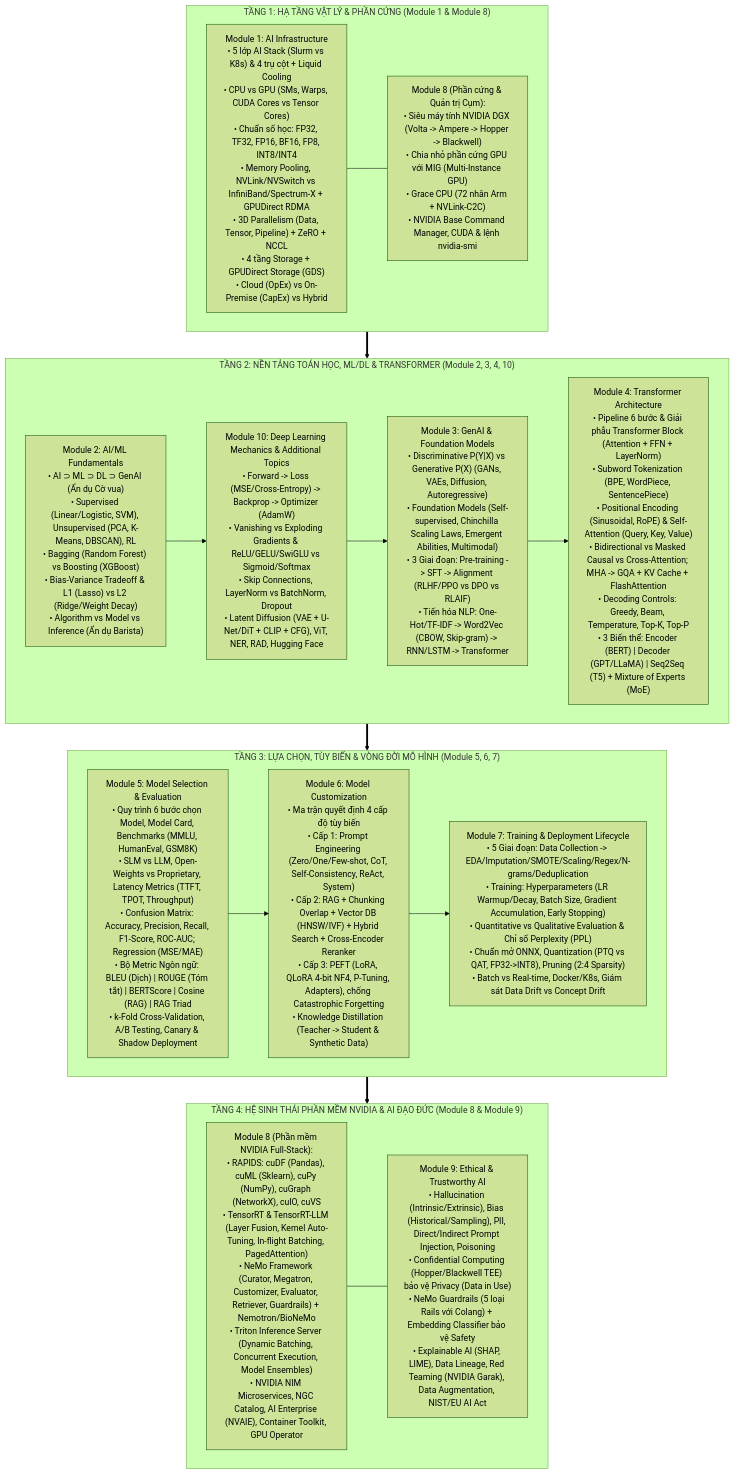
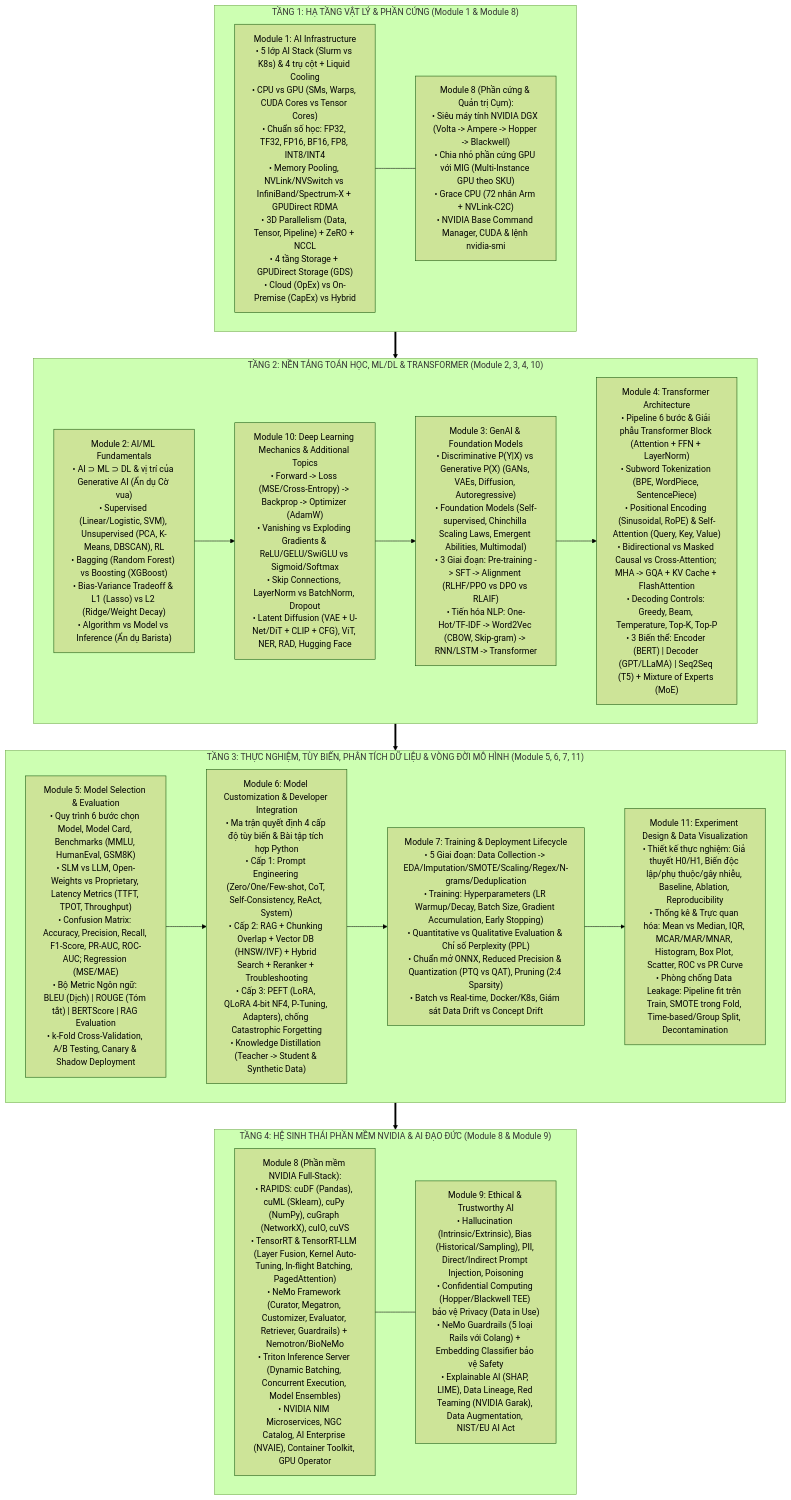
Before and after one commit to nxthanh2904/nca-genl: the diagram in README.md, drawn with Mermaid (forest theme). The commit also changed other lines of this file and 14 other files, not shown here.

````diff
--- a/README.md
+++ b/README.md
@@ -23,34 +25,35 @@
 ```mermaid
 flowchart TD
     subgraph Infra["TẦNG 1: HẠ TẦNG VẬT LÝ & PHẦN CỨNG (Module 1 & Module 8)"]
         M1["Module 1: AI Infrastructure<br/>• 5 lớp AI Stack (Slurm vs K8s) & 4 trụ cột + Liquid Cooling<br/>• CPU vs GPU (SMs, Warps, CUDA Cores vs Tensor Cores)<br/>• Chuẩn số học: FP32, TF32, FP16, BF16, FP8, INT8/INT4<br/>• Memory Pooling, NVLink/NVSwitch vs InfiniBand/Spectrum-X + GPUDirect RDMA<br/>• 3D Parallelism (Data, Tensor, Pipeline) + ZeRO + NCCL<br/>• 4 tầng Storage + GPUDirect Storage (GDS)<br/>• Cloud (OpEx) vs On-Premise (CapEx) vs Hybrid"]
-        M8_HW["Module 8 (Phần cứng & Quản trị Cụm):<br/>• Siêu máy tính NVIDIA DGX (Volta -> Ampere -> Hopper -> Blackwell)<br/>• Chia nhỏ phần cứng GPU với MIG (Multi-Instance GPU)<br/>• Grace CPU (72 nhân Arm + NVLink-C2C)<br/>• NVIDIA Base Command Manager, CUDA & lệnh nvidia-smi"]
+        M8_HW["Module 8 (Phần cứng & Quản trị Cụm):<br/>• Siêu máy tính NVIDIA DGX (Volta -> Ampere -> Hopper -> Blackwell)<br/>• Chia nhỏ phần cứng GPU với MIG (Multi-Instance GPU theo SKU)<br/>• Grace CPU (72 nhân Arm + NVLink-C2C)<br/>• NVIDIA Base Command Manager, CUDA & lệnh nvidia-smi"]
         M1 --- M8_HW
     end
 
     subgraph CoreAI["TẦNG 2: NỀN TẢNG TOÁN HỌC, ML/DL & TRANSFORMER (Module 2, 3, 4, 10)"]
-        M2["Module 2: AI/ML Fundamentals<br/>• AI ⊃ ML ⊃ DL ⊃ GenAI (Ẩn dụ Cờ vua)<br/>• Supervised (Linear/Logistic, SVM), Unsupervised (PCA, K-Means, DBSCAN), RL<br/>• Bagging (Random Forest) vs Boosting (XGBoost)<br/>• Bias-Variance Tradeoff & L1 (Lasso) vs L2 (Ridge/Weight Decay)<br/>• Algorithm vs Model vs Inference (Ẩn dụ Barista)"]
+        M2["Module 2: AI/ML Fundamentals<br/>• AI ⊃ ML ⊃ DL & vị trí của Generative AI (Ẩn dụ Cờ vua)<br/>• Supervised (Linear/Logistic, SVM), Unsupervised (PCA, K-Means, DBSCAN), RL<br/>• Bagging (Random Forest) vs Boosting (XGBoost)<br/>• Bias-Variance Tradeoff & L1 (Lasso) vs L2 (Ridge/Weight Decay)<br/>• Algorithm vs Model vs Inference (Ẩn dụ Barista)"]
         M10["Module 10: Deep Learning Mechanics & Additional Topics<br/>• Forward -> Loss (MSE/Cross-Entropy) -> Backprop -> Optimizer (AdamW)<br/>• Vanishing vs Exploding Gradients & ReLU/GELU/SwiGLU vs Sigmoid/Softmax<br/>• Skip Connections, LayerNorm vs BatchNorm, Dropout<br/>• Latent Diffusion (VAE + U-Net/DiT + CLIP + CFG), ViT, NER, RAD, Hugging Face"]
         M3["Module 3: GenAI & Foundation Models<br/>• Discriminative P(Y|X) vs Generative P(X) (GANs, VAEs, Diffusion, Autoregressive)<br/>• Foundation Models (Self-supervised, Chinchilla Scaling Laws, Emergent Abilities, Multimodal)<br/>• 3 Giai đoạn: Pre-training -> SFT -> Alignment (RLHF/PPO vs DPO vs RLAIF)<br/>• Tiến hóa NLP: One-Hot/TF-IDF -> Word2Vec (CBOW, Skip-gram) -> RNN/LSTM -> Transformer"]
         M4["Module 4: Transformer Architecture<br/>• Pipeline 6 bước & Giải phẫu Transformer Block (Attention + FFN + LayerNorm)<br/>• Subword Tokenization (BPE, WordPiece, SentencePiece)<br/>• Positional Encoding (Sinusoidal, RoPE) & Self-Attention (Query, Key, Value)<br/>• Bidirectional vs Masked Causal vs Cross-Attention; MHA -> GQA + KV Cache + FlashAttention<br/>• Decoding Controls: Greedy, Beam, Temperature, Top-K, Top-P<br/>• 3 Biến thể: Encoder (BERT) | Decoder (GPT/LLaMA) | Seq2Seq (T5) + Mixture of Experts (MoE)"]
         
         M2 --> M10 --> M3 --> M4
     end
 
-    subgraph Lifecycle["TẦNG 3: LỰA CHỌN, TÙY BIẾN & VÒNG ĐỜI MÔ HÌNH (Module 5, 6, 7)"]
-        M5["Module 5: Model Selection & Evaluation<br/>• Quy trình 6 bước chọn Model, Model Card, Benchmarks (MMLU, HumanEval, GSM8K)<br/>• SLM vs LLM, Open-Weights vs Proprietary, Latency Metrics (TTFT, TPOT, Throughput)<br/>• Confusion Matrix: Accuracy, Precision, Recall, F1-Score, ROC-AUC; Regression (MSE/MAE)<br/>• Bộ Metric Ngôn ngữ: BLEU (Dịch) | ROUGE (Tóm tắt) | BERTScore | Cosine (RAG) | RAG Triad<br/>• k-Fold Cross-Validation, A/B Testing, Canary & Shadow Deployment"]
-        M6["Module 6: Model Customization<br/>• Ma trận quyết định 4 cấp độ tùy biến<br/>• Cấp 1: Prompt Engineering (Zero/One/Few-shot, CoT, Self-Consistency, ReAct, System)<br/>• Cấp 2: RAG + Chunking Overlap + Vector DB (HNSW/IVF) + Hybrid Search + Cross-Encoder Reranker<br/>• Cấp 3: PEFT (LoRA, QLoRA 4-bit NF4, P-Tuning, Adapters), chống Catastrophic Forgetting<br/>• Knowledge Distillation (Teacher -> Student & Synthetic Data)"]
-        M7["Module 7: Training & Deployment Lifecycle<br/>• 5 Giai đoạn: Data Collection -> EDA/Imputation/SMOTE/Scaling/Regex/N-grams/Deduplication<br/>• Training: Hyperparameters (LR Warmup/Decay, Batch Size, Gradient Accumulation, Early Stopping)<br/>• Quantitative vs Qualitative Evaluation & Chỉ số Perplexity (PPL)<br/>• Chuẩn mở ONNX, Quantization (PTQ vs QAT, FP32->INT8), Pruning (2:4 Sparsity)<br/>• Batch vs Real-time, Docker/K8s, Giám sát Data Drift vs Concept Drift"]
+    subgraph Lifecycle["TẦNG 3: THỰC NGHIỆM, TÙY BIẾN, PHÂN TÍCH DỮ LIỆU & VÒNG ĐỜI MÔ HÌNH (Module 5, 6, 7, 11)"]
+        M5["Module 5: Model Selection & Evaluation<br/>• Quy trình 6 bước chọn Model, Model Card, Benchmarks (MMLU, HumanEval, GSM8K)<br/>• SLM vs LLM, Open-Weights vs Proprietary, Latency Metrics (TTFT, TPOT, Throughput)<br/>• Confusion Matrix: Accuracy, Precision, Recall, F1-Score, PR-AUC, ROC-AUC; Regression (MSE/MAE)<br/>• Bộ Metric Ngôn ngữ: BLEU (Dịch) | ROUGE (Tóm tắt) | BERTScore | RAG Evaluation<br/>• k-Fold Cross-Validation, A/B Testing, Canary & Shadow Deployment"]
+        M6["Module 6: Model Customization & Developer Integration<br/>• Ma trận quyết định 4 cấp độ tùy biến & Bài tập tích hợp Python<br/>• Cấp 1: Prompt Engineering (Zero/One/Few-shot, CoT, Self-Consistency, ReAct, System)<br/>• Cấp 2: RAG + Chunking Overlap + Vector DB (HNSW/IVF) + Hybrid Search + Reranker + Troubleshooting<br/>• Cấp 3: PEFT (LoRA, QLoRA 4-bit NF4, P-Tuning, Adapters), chống Catastrophic Forgetting<br/>• Knowledge Distillation (Teacher -> Student & Synthetic Data)"]
+        M7["Module 7: Training & Deployment Lifecycle<br/>• 5 Giai đoạn: Data Collection -> EDA/Imputation/SMOTE/Scaling/Regex/N-grams/Deduplication<br/>• Training: Hyperparameters (LR Warmup/Decay, Batch Size, Gradient Accumulation, Early Stopping)<br/>• Quantitative vs Qualitative Evaluation & Chỉ số Perplexity (PPL)<br/>• Chuẩn mở ONNX, Reduced Precision & Quantization (PTQ vs QAT), Pruning (2:4 Sparsity)<br/>• Batch vs Real-time, Docker/K8s, Giám sát Data Drift vs Concept Drift"]
+        M11["Module 11: Experiment Design & Data Visualization<br/>• Thiết kế thực nghiệm: Giả thuyết H0/H1, Biến độc lập/phụ thuộc/gây nhiễu, Baseline, Ablation, Reproducibility<br/>• Thống kê & Trực quan hóa: Mean vs Median, IQR, MCAR/MAR/MNAR, Histogram, Box Plot, Scatter, ROC vs PR Curve<br/>• Phòng chống Data Leakage: Pipeline fit trên Train, SMOTE trong Fold, Time-based/Group Split, Decontamination"]
         
-        M5 --> M6 --> M7
+        M5 --> M6 --> M7 --> M11
     end
 
     subgraph Prod["TẦNG 4: HỆ SINH THÁI PHẦN MỀM NVIDIA & AI ĐẠO ĐỨC (Module 8 & Module 9)"]
         M8_SW["Module 8 (Phần mềm NVIDIA Full-Stack):<br/>• RAPIDS: cuDF (Pandas), cuML (Sklearn), cuPy (NumPy), cuGraph (NetworkX), cuIO, cuVS<br/>• TensorRT & TensorRT-LLM (Layer Fusion, Kernel Auto-Tuning, In-flight Batching, PagedAttention)<br/>• NeMo Framework (Curator, Megatron, Customizer, Evaluator, Retriever, Guardrails) + Nemotron/BioNeMo<br/>• Triton Inference Server (Dynamic Batching, Concurrent Execution, Model Ensembles)<br/>• NVIDIA NIM Microservices, NGC Catalog, AI Enterprise (NVAIE), Container Toolkit, GPU Operator"]
         M9["Module 9: Ethical & Trustworthy AI<br/>• Hallucination (Intrinsic/Extrinsic), Bias (Historical/Sampling), PII, Direct/Indirect Prompt Injection, Poisoning<br/>• Confidential Computing (Hopper/Blackwell TEE) bảo vệ Privacy (Data in Use)<br/>• NeMo Guardrails (5 loại Rails với Colang) + Embedding Classifier bảo vệ Safety<br/>• Explainable AI (SHAP, LIME), Data Lineage, Red Teaming (NVIDIA Garak), Data Augmentation, NIST/EU AI Act"]
         
         M8_SW --- M9
     end
 
     Infra ==> CoreAI ==> Lifecycle ==> Prod
 ```
````
